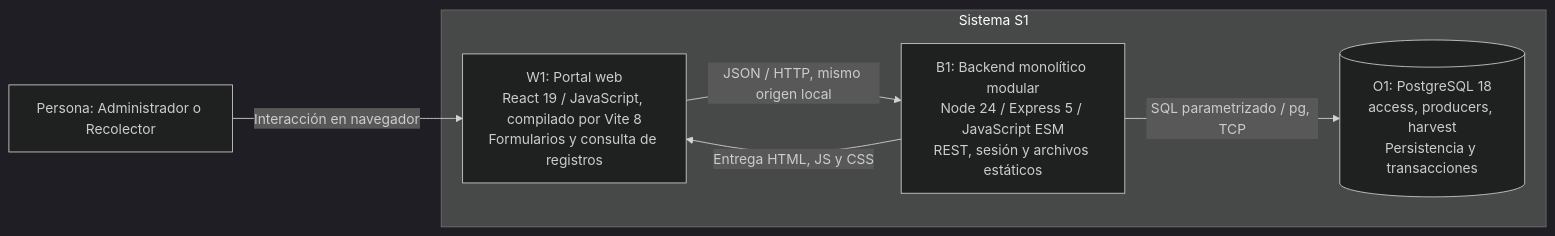
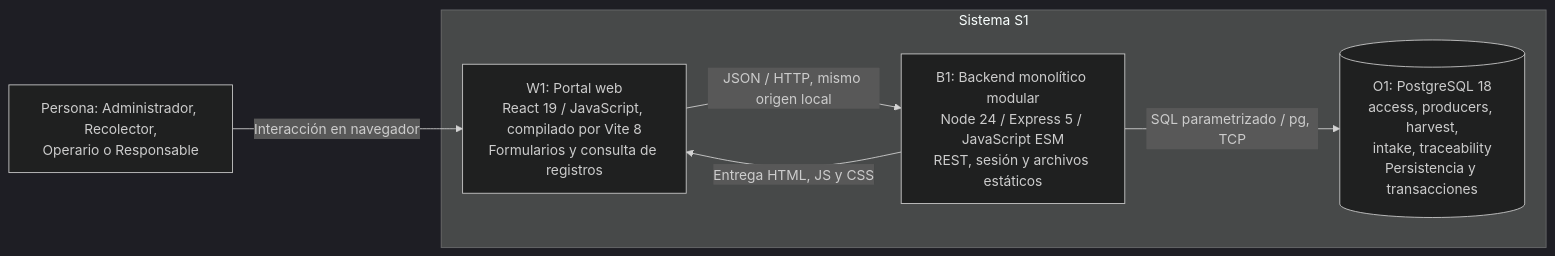
Before and after one commit to carlosgaraundo27-svg/Trazabilidad-Agricola-Arquitectura: the second of 5 diagrams in docs/04-modelo-c4/modelo-c4.md, drawn with Mermaid (dark theme). The commit also changed other lines of this file and 20 other files, not shown here.

````diff
--- a/docs/04-modelo-c4/modelo-c4.md
+++ b/docs/04-modelo-c4/modelo-c4.md
@@ -28,13 +32,13 @@
 ```mermaid
 flowchart LR
-  USUARIO["Persona: Administrador o Recolector"]
+  USUARIO["Persona: Administrador, Recolector,<br/>Operario o Responsable"]
   subgraph S1["Sistema S1"]
     W1["W1: Portal web<br/>React 19 / JavaScript, compilado por Vite 8<br/>Formularios y consulta de registros"]
     B1["B1: Backend monolítico modular<br/>Node 24 / Express 5 / JavaScript ESM<br/>REST, sesión y archivos estáticos"]
-    O1[("O1: PostgreSQL 18<br/>access, producers, harvest<br/>Persistencia y transacciones")]
+    O1[("O1: PostgreSQL 18<br/>access, producers, harvest,<br/>intake, traceability<br/>Persistencia y transacciones")]
   end
   USUARIO -->|"Interacción en navegador"| W1
   W1 -->|"JSON / HTTP, mismo origen local"| B1
   B1 -->|"Entrega HTML, JS y CSS"| W1
   B1 -->|"SQL parametrizado / pg, TCP"| O1
 ```
````
